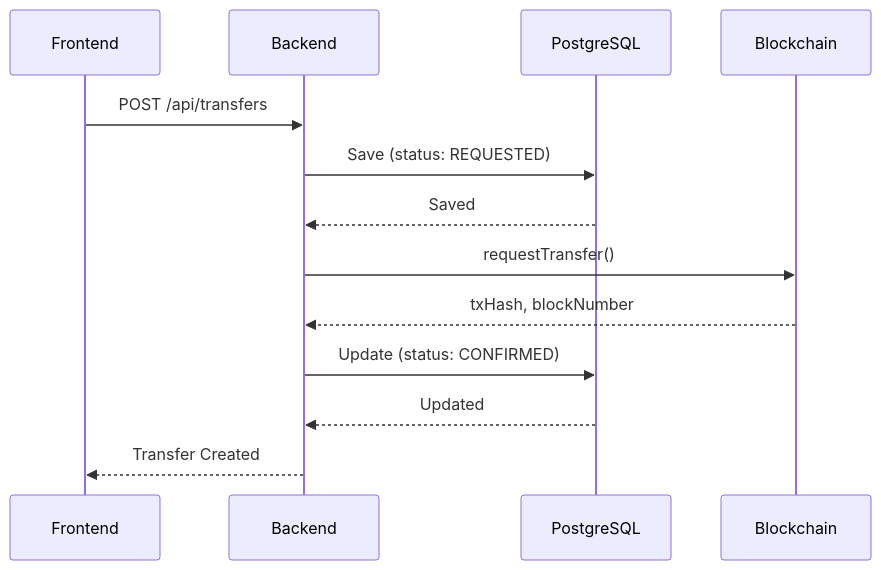
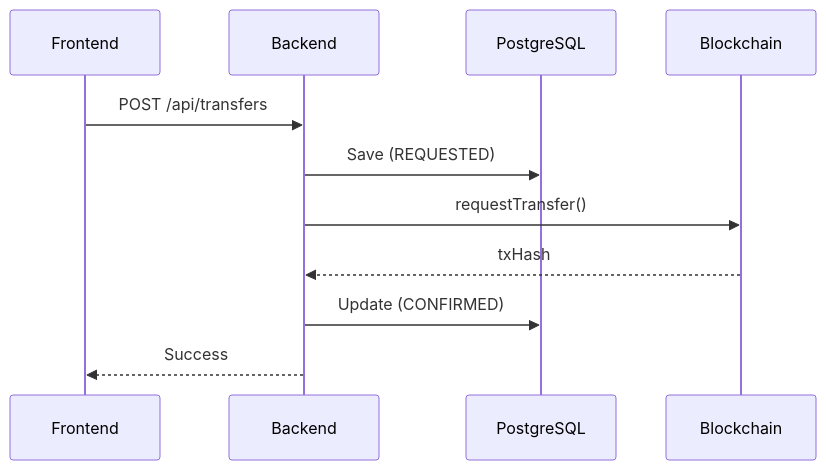
Before and after one commit to Zag009/inventory-blockchain: the fourth of 4 diagrams in README.md, drawn with Mermaid. The commit also changed other lines of this file, not shown here.

Commit message:
docs: simplify Mermaid diagrams for better rendering

````diff
--- a/README.md
+++ b/README.md
@@ -373,16 +220,9 @@
 ```mermaid
 sequenceDiagram
-    participant UI as Frontend
-    participant API as Backend
-    participant DB as PostgreSQL
-    participant BC as Blockchain
-    
-    UI->>API: POST /api/transfers
-    API->>DB: Save (status: REQUESTED)
-    DB-->>API: Saved
-    API->>BC: requestTransfer()
-    BC-->>API: txHash, blockNumber
-    API->>DB: Update (status: CONFIRMED)
-    DB-->>API: Updated
-    API-->>UI: Transfer Created
+    Frontend->>Backend: POST /api/transfers
+    Backend->>PostgreSQL: Save (REQUESTED)
+    Backend->>Blockchain: requestTransfer()
+    Blockchain-->>Backend: txHash
+    Backend->>PostgreSQL: Update (CONFIRMED)
+    Backend-->>Frontend: Success
 ```
````
